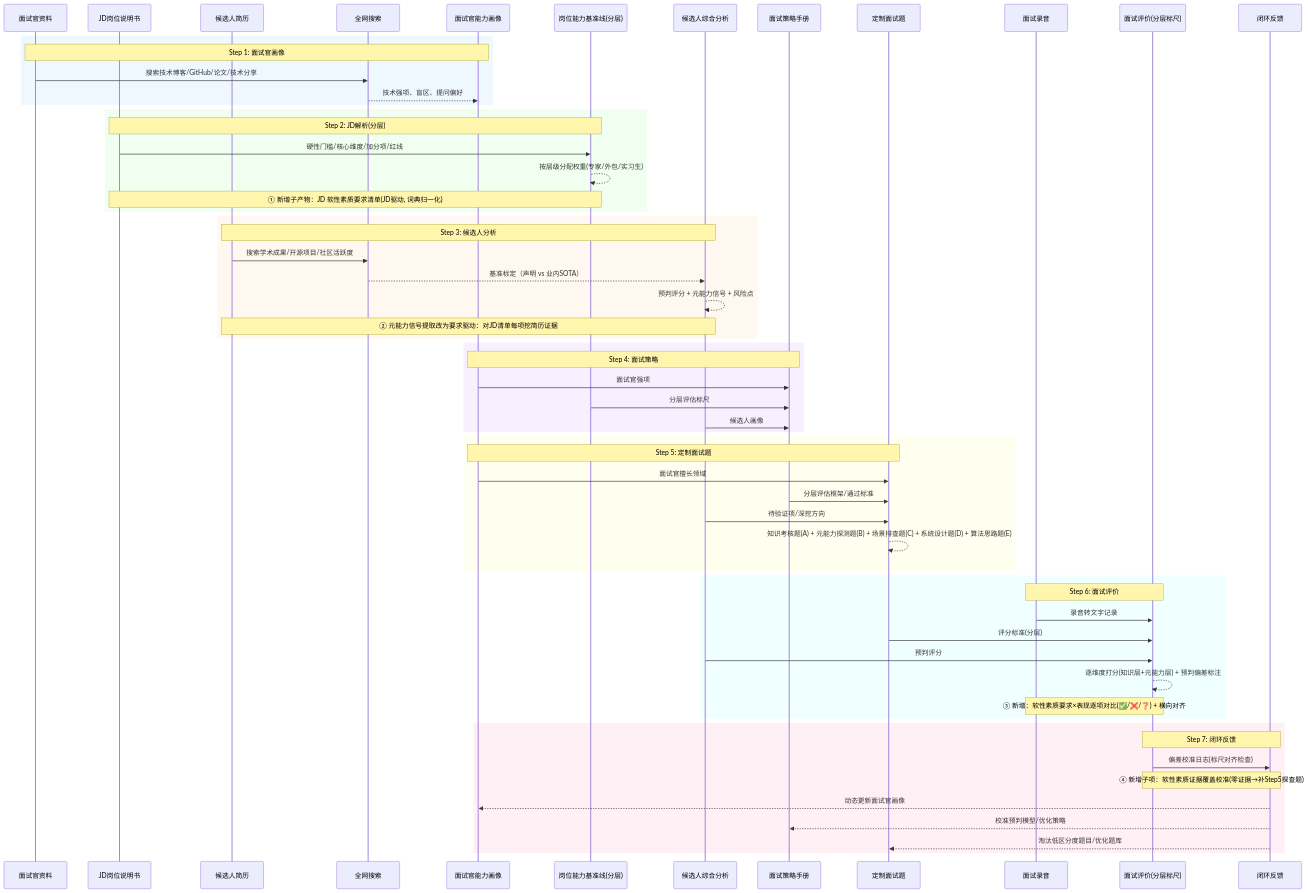
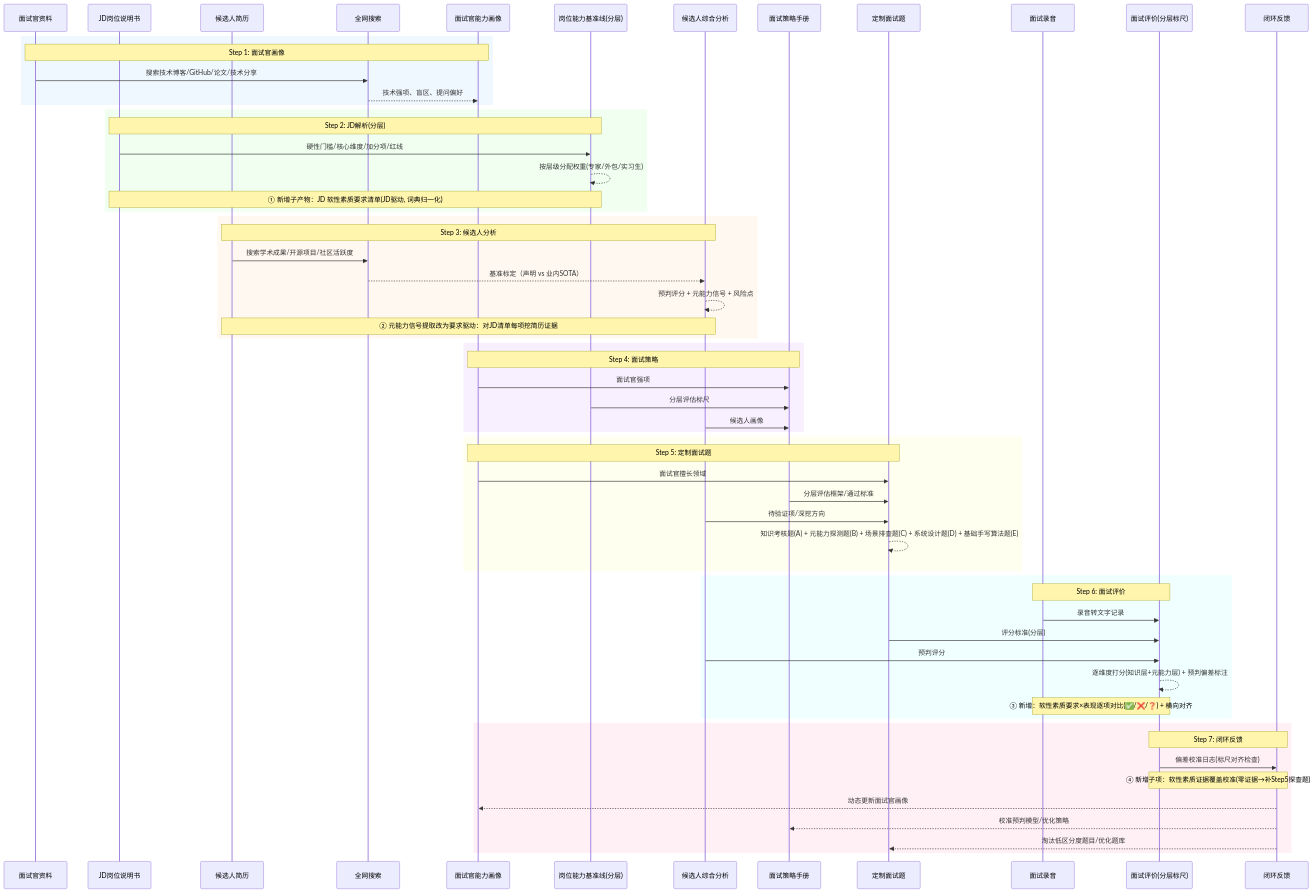
One commit to Beants/interview-loop changed the diagram in skill/SKILL.md. Above: the diagram before and after it, drawn with Mermaid. The commit also changed other lines of this file and 7 other files, not shown here.

````diff
--- a/skill/SKILL.md
+++ b/skill/SKILL.md
@@ -154,69 +179,69 @@
 ```mermaid
 sequenceDiagram
     participant IO as 面试官资料
     participant JD as JD岗位说明书
     participant CV as 候选人简历
     participant WEB as 全网搜索
     participant PROFILE as 面试官能力画像
     participant BASELINE as 岗位能力基准线(分层)
     participant ANALYSIS as 候选人综合分析
     participant STRATEGY as 面试策略手册
     participant QUESTIONS as 定制面试题
     participant RECORD as 面试录音
     participant EVAL as 面试评价(分层标尺)
     participant FEEDBACK as 闭环反馈
 
     rect rgb(240, 248, 255)
     Note over IO, PROFILE: Step 1: 面试官画像
     IO->>WEB: 搜索技术博客/GitHub/论文/技术分享
     WEB-->>PROFILE: 技术强项、盲区、提问偏好
     end
 
     rect rgb(240, 255, 240)
     Note over JD, BASELINE: Step 2: JD解析(分层)
     JD->>BASELINE: 硬性门槛/核心维度/加分项/红线
     BASELINE-->>BASELINE: 按层级分配权重(专家/外包/实习生)
     Note over JD, BASELINE: ① 新增子产物：JD 软性素质要求清单(JD驱动, 词典归一化)
     end
 
     rect rgb(255, 248, 240)
     Note over CV, ANALYSIS: Step 3: 候选人分析
     CV->>WEB: 搜索学术成果/开源项目/社区活跃度
     WEB-->>ANALYSIS: 基准标定（声明 vs 业内SOTA）
     ANALYSIS-->>ANALYSIS: 预判评分 + 元能力信号 + 风险点
     Note over CV, ANALYSIS: ② 元能力信号提取改为要求驱动：对JD清单每项挖简历证据
     end
 
     rect rgb(248, 240, 255)
     Note over PROFILE, STRATEGY: Step 4: 面试策略
     PROFILE->>STRATEGY: 面试官强项
     BASELINE->>STRATEGY: 分层评估标尺
     ANALYSIS->>STRATEGY: 候选人画像
     end
 
     rect rgb(255, 255, 240)
     Note over PROFILE, QUESTIONS: Step 5: 定制面试题
     PROFILE->>QUESTIONS: 面试官擅长领域
     STRATEGY->>QUESTIONS: 分层评估框架/通过标准
     ANALYSIS->>QUESTIONS: 待验证项/深挖方向
-    QUESTIONS-->>QUESTIONS: 知识考核题(A) + 元能力探测题(B) + 场景排查题(C) + 系统设计题(D) + 算法思路题(E)
+    QUESTIONS-->>QUESTIONS: 知识考核题(A) + 元能力探测题(B) + 场景排查题(C) + 系统设计题(D) + 基础手写算法题(E)
     end
 
     rect rgb(240, 255, 255)
     Note over RECORD, EVAL: Step 6: 面试评价
     RECORD->>EVAL: 录音转文字记录
     QUESTIONS->>EVAL: 评分标准(分层)
     ANALYSIS->>EVAL: 预判评分
     EVAL-->>EVAL: 逐维度打分(知识层+元能力层) + 预判偏差标注
     Note over RECORD, EVAL: ③ 新增：软性素质要求×表现逐项对比(✅/❌/❓) + 横向对齐
     end
 
     rect rgb(255, 240, 245)
     Note over EVAL, FEEDBACK: Step 7: 闭环反馈
     EVAL->>FEEDBACK: 偏差校准日志(标尺对齐检查)
     Note over EVAL, FEEDBACK: ④ 新增子项：软性素质证据覆盖校准(零证据→补Step5探查题)
     FEEDBACK-->>PROFILE: 动态更新面试官画像
     FEEDBACK-->>STRATEGY: 校准预判模型/优化策略
     FEEDBACK-->>QUESTIONS: 淘汰低区分度题目/优化题库
     end
 ```
````
